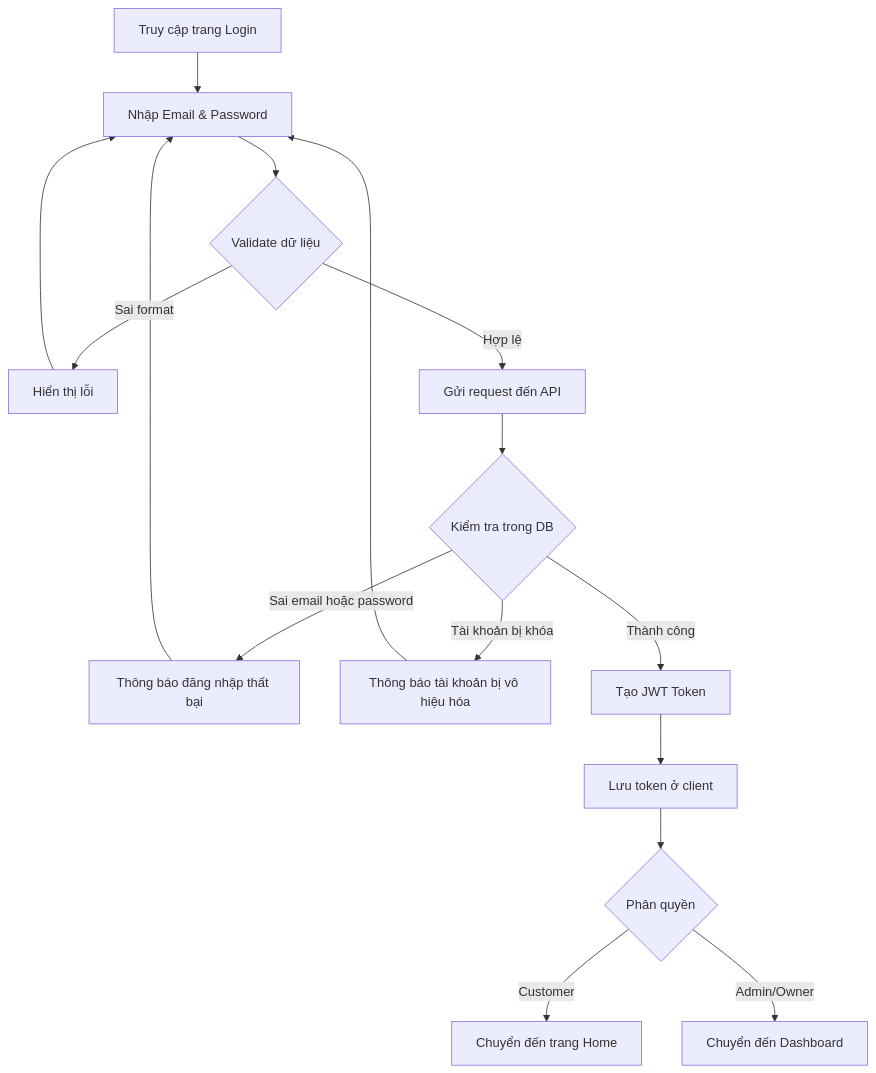
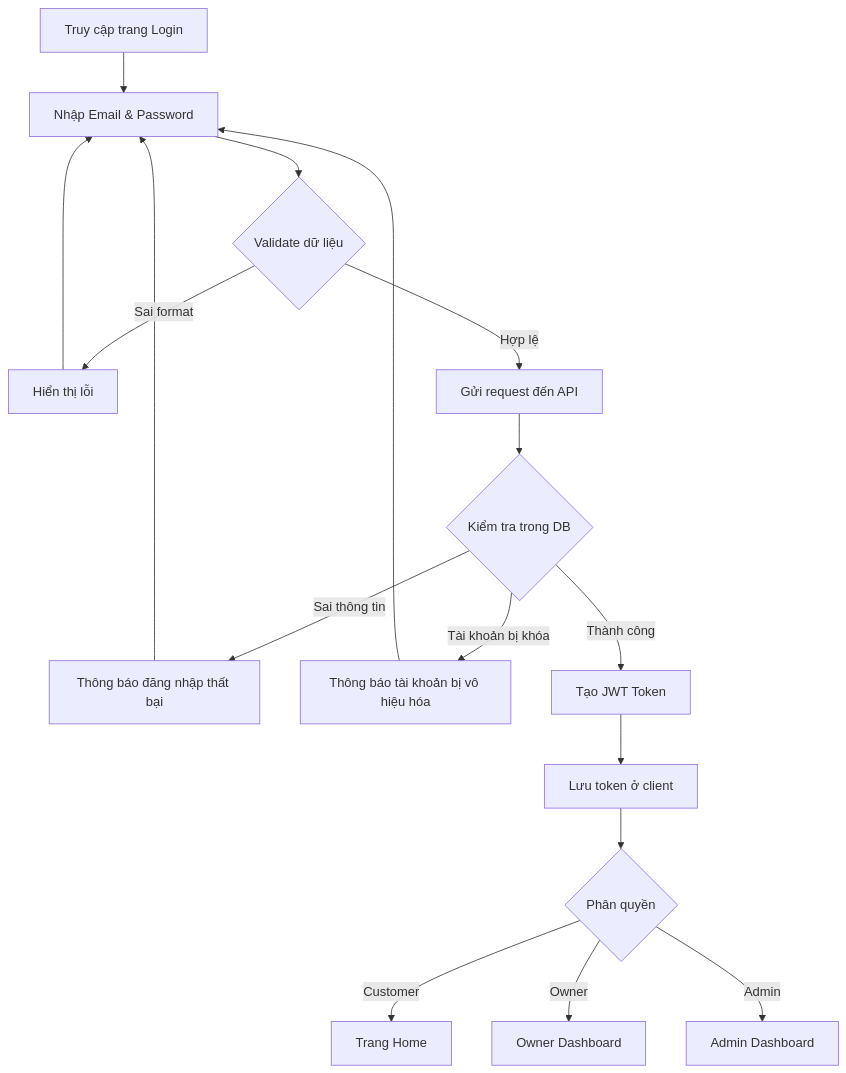
Before and after one commit to kong31082005/Car_rental_Website_Nhom8: the first of 2 diagrams in docs/SRS_LOGIN.md, drawn with Mermaid. The commit also changed other lines of this file, not shown here.

````diff
--- a/docs/SRS_LOGIN.md
+++ b/docs/SRS_LOGIN.md
@@ -38,31 +44,31 @@
 ```mermaid
 flowchart TD
 
 A[Truy cập trang Login] --> B[Nhập Email & Password]
 
 B --> C{Validate dữ liệu}
 
 C -->|Sai format| D[Hiển thị lỗi]
 D --> B
 
 C -->|Hợp lệ| E[Gửi request đến API]
 
 E --> F{Kiểm tra trong DB}
 
-F -->|Sai email hoặc password| G[Thông báo đăng nhập thất bại]
+F -->|Sai thông tin| G[Thông báo đăng nhập thất bại]
 G --> B
 
 F -->|Tài khoản bị khóa| H[Thông báo tài khoản bị vô hiệu hóa]
 H --> B
 
 F -->|Thành công| I[Tạo JWT Token]
 
 I --> J[Lưu token ở client]
 
 J --> K{Phân quyền}
 
-K -->|Customer| L[Chuyển đến trang Home]
-
-K -->|Admin/Owner| M[Chuyển đến Dashboard]
+K -->|Customer| L[Trang Home]
+K -->|Owner| M[Owner Dashboard]
+K -->|Admin| N[Admin Dashboard]
 
 ```
````
